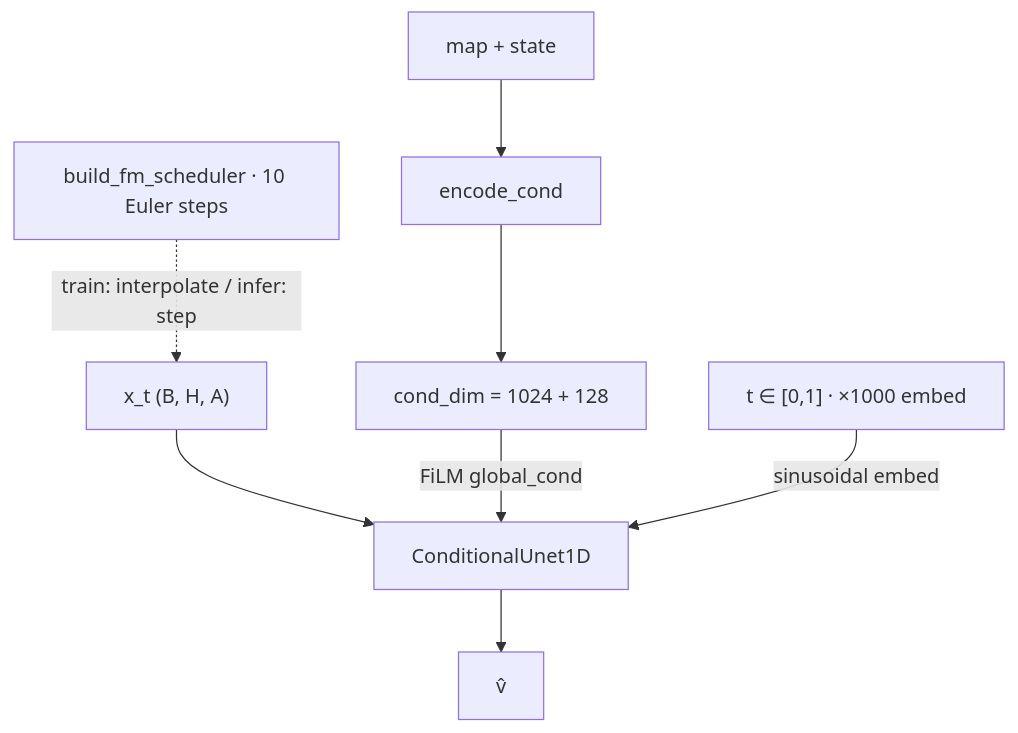
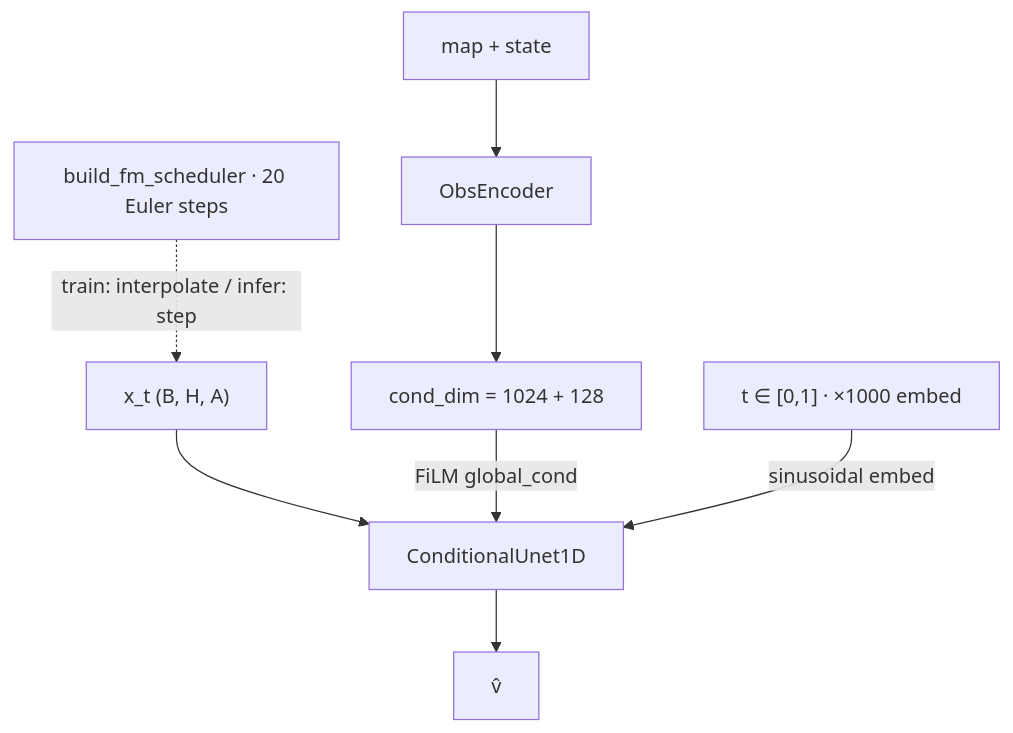
Before and after one commit to IBNBlank/maze_playground: the third of 3 diagrams in bench_policy/utils/policy/fm/ARCHITECTURE.md, drawn with Mermaid. The commit also changed other lines of this file and 14 other files, not shown here.

````diff
--- a/bench_policy/utils/policy/fm/ARCHITECTURE.md
+++ b/bench_policy/utils/policy/fm/ARCHITECTURE.md
@@ -91,10 +97,10 @@
 ```mermaid
 flowchart TB
-  In["map + state"] --> Enc["encode_cond"]
+  In["map + state"] --> Enc["ObsEncoder"]
   Enc --> Cond["cond_dim = 1024 + 128"]
   XA["x_t (B, H, A)"] --> UNet["ConditionalUnet1D"]
   Cond -->|"FiLM global_cond"| UNet
   TS["t ∈ [0,1] · ×1000 embed"] -->|"sinusoidal embed"| UNet
   UNet --> Vel["v̂"]
-  Sched["build_fm_scheduler · 10 Euler steps"] -.->|"train: interpolate / infer: step"| XA
+  Sched["build_fm_scheduler · 20 Euler steps"] -.->|"train: interpolate / infer: step"| XA
 ```
````
